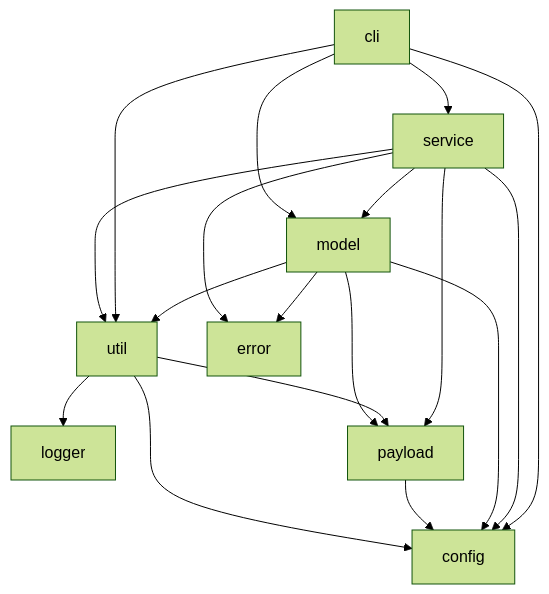
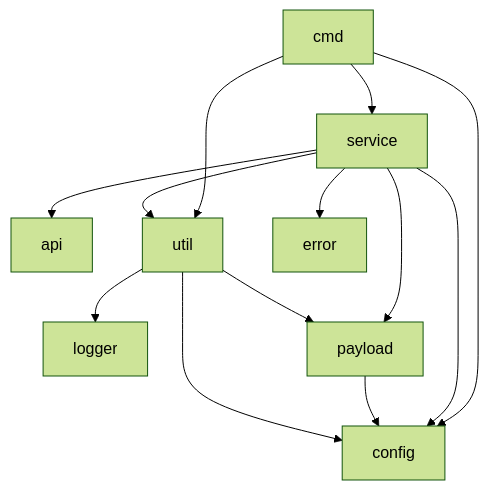
Before and after one commit to tuana9a/kp: the diagram in README.md, drawn with Mermaid (forest theme). The commit also changed other lines of this file and 42 other files, not shown here.

````diff
--- a/README.md
+++ b/README.md
@@ -70,21 +70,16 @@
 ```mermaid
 graph TD;
-  cli-->service;
-  cli-->model;
-  service-->model;
+  cmd-->service;
+  service-->api;
   service-->util;
-  cli-->util;
-  model-->util;
+  cmd-->util;
   util-->config;
   util-->logger;
   payload-->config;
-  model-->payload;
   util-->payload;
   service-->payload;
-  model-->config;
   service-->config;
-  cli-->config;
+  cmd-->config;
   service-->error;
-  model-->error;
   error;
 ```
````
